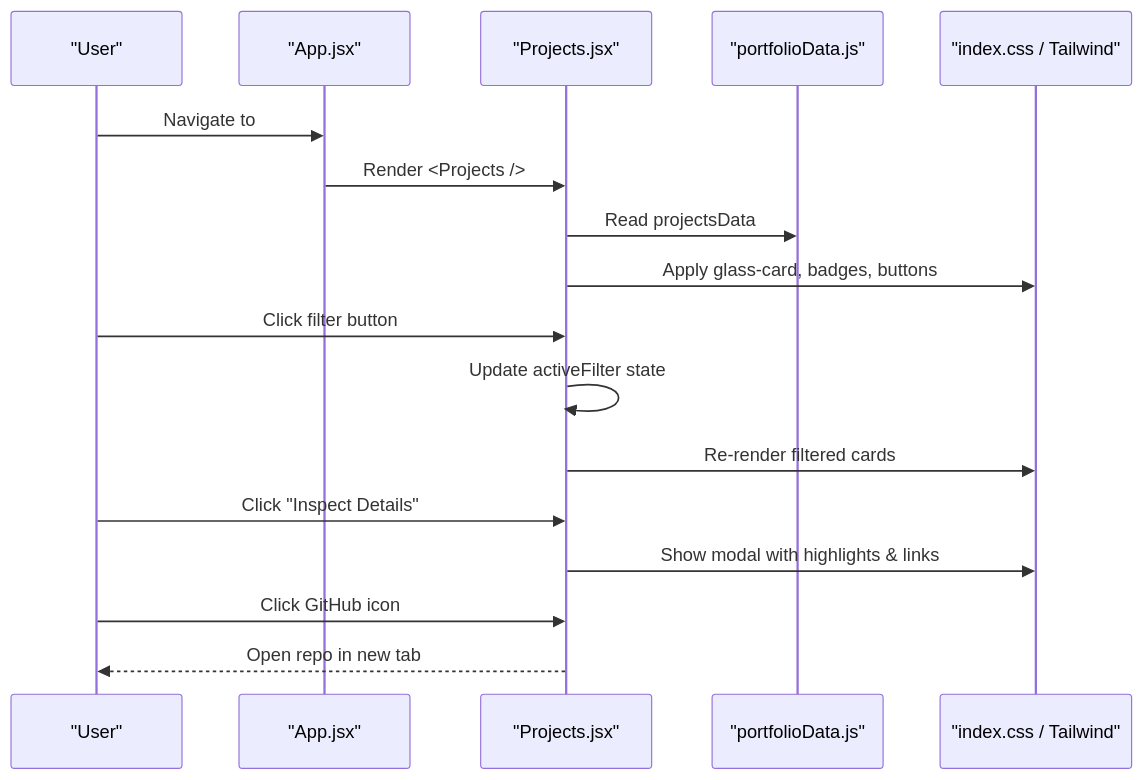
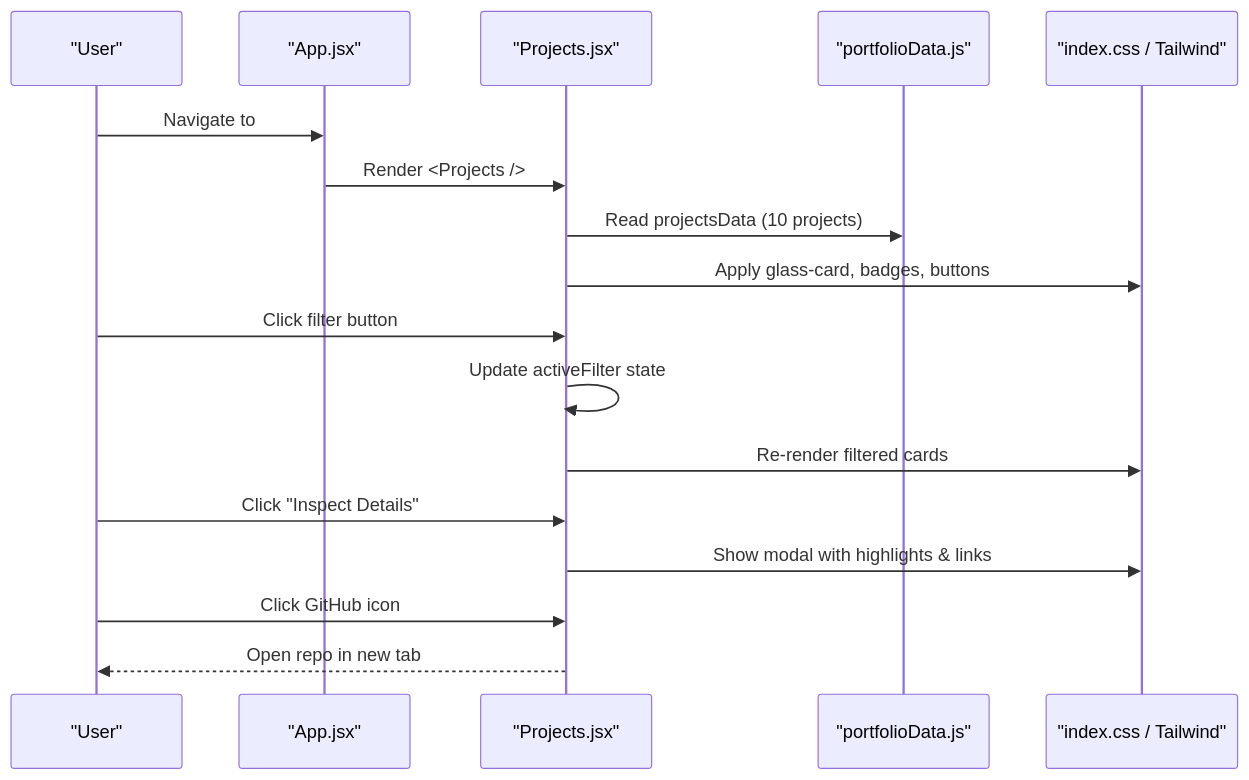
The second of 3 diagrams in .qoder/repowiki/en/content/Core Features/Projects Showcase.md (Gokulnath33/portfolio), drawn with Mermaid before and after one commit. The commit also changed other lines of this file and 30 other files, not shown here.

````diff
--- a/.qoder/repowiki/en/content/Core Features/Projects Showcase.md
+++ b/.qoder/repowiki/en/content/Core Features/Projects Showcase.md
@@ -80,19 +87,19 @@
 ```mermaid
 sequenceDiagram
 participant User as "User"
 participant App as "App.jsx"
 participant Proj as "Projects.jsx"
 participant Data as "portfolioData.js"
 participant UI as "index.css / Tailwind"
 User->>App : Navigate to #projects
 App->>Proj : Render <Projects />
-Proj->>Data : Read projectsData
+Proj->>Data : Read projectsData (10 projects)
 Proj->>UI : Apply glass-card, badges, buttons
 User->>Proj : Click filter button
 Proj->>Proj : Update activeFilter state
 Proj->>UI : Re-render filtered cards
 User->>Proj : Click "Inspect Details"
 Proj->>UI : Show modal with highlights & links
 User->>Proj : Click GitHub icon
 Proj-->>User : Open repo in new tab
 ```
````
